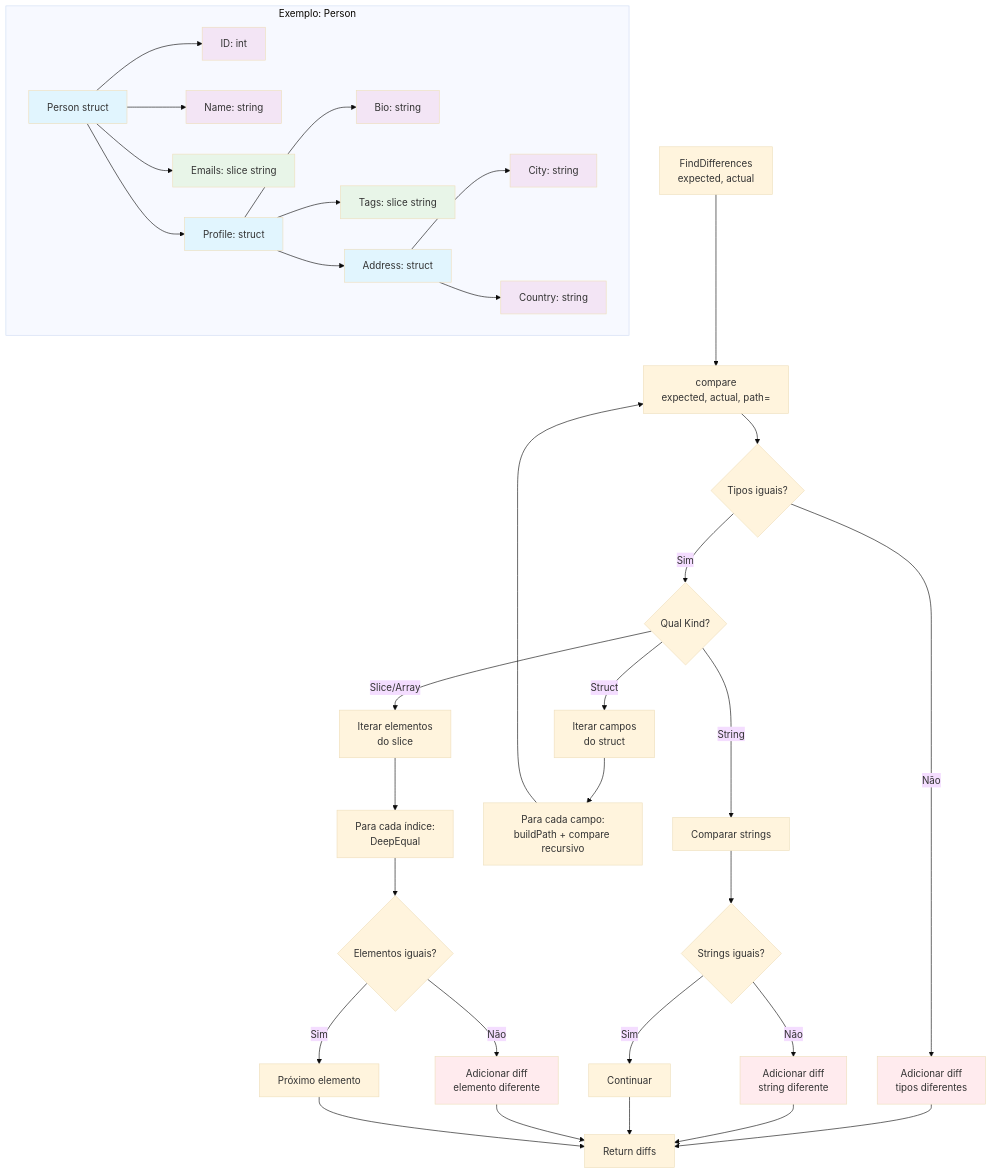
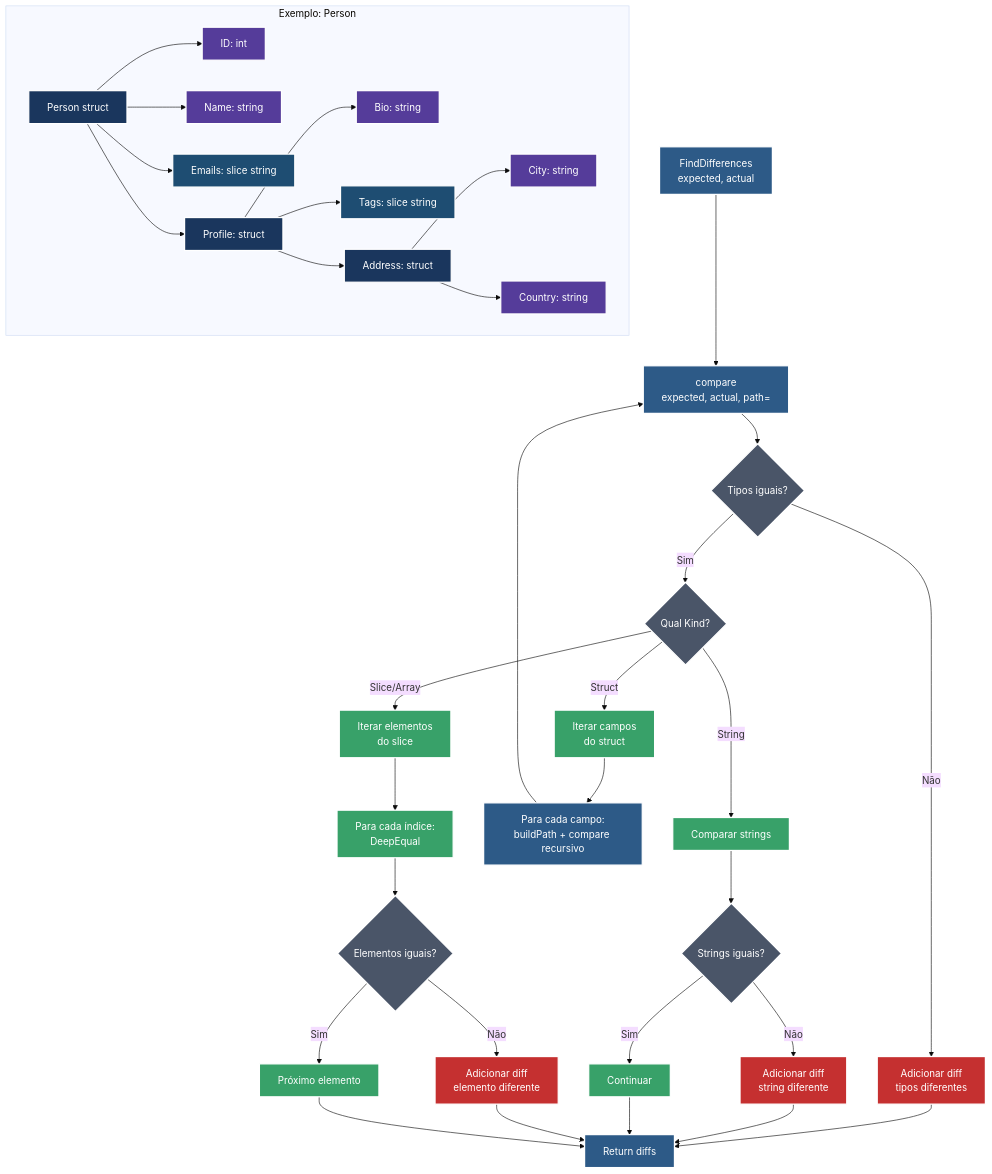
Before and after one commit to Andrei-hub11/diffanalyzer: the diagram in README.md, drawn with Mermaid (base theme).

````diff
--- a/README.md
+++ b/README.md
@@ -7,54 +7,50 @@
 ```mermaid
 flowchart TD
     A[FindDifferences<br/>expected, actual] --> B[compare<br/>expected, actual, path=""]
-
     B --> C{Tipos iguais?}
     C -->|Não| D[Adicionar diff<br/>tipos diferentes]
     C -->|Sim| E{Qual Kind?}
-
     E -->|Struct| F[Iterar campos<br/>do struct]
     E -->|String| G[Comparar strings]
     E -->|Slice/Array| H[Iterar elementos<br/>do slice]
-
     F --> I[Para cada campo:<br/>buildPath + compare recursivo]
     I --> B
-
     G --> J{Strings iguais?}
     J -->|Não| K[Adicionar diff<br/>string diferente]
     J -->|Sim| L[Continuar]
-
     H --> M[Para cada índice:<br/>DeepEqual]
     M --> N{Elementos iguais?}
     N -->|Não| O[Adicionar diff<br/>elemento diferente]
     N -->|Sim| P[Próximo elemento]
-
     D --> Q[Return diffs]
     K --> Q
     L --> Q
     O --> Q
     P --> Q
-
     subgraph "Exemplo: Person"
         R[Person struct] --> S[ID: int]
         R --> T[Name: string]
         R --> U[Emails: slice string]
         R --> V[Profile: struct]
-
         V --> W[Bio: string]
         V --> X[Tags: slice string]
         V --> Y[Address: struct]
-
         Y --> Z[City: string]
         Y --> AA[Country: string]
     end
+    classDef structBox fill:#1a365d,stroke:#ffffff,stroke-width:2px,color:#ffffff
+    classDef stringBox fill:#553c9a,stroke:#ffffff,stroke-width:2px,color:#ffffff
+    classDef sliceBox fill:#1e4d72,stroke:#ffffff,stroke-width:2px,color:#ffffff
+    classDef diffBox fill:#c53030,stroke:#ffffff,stroke-width:2px,color:#ffffff
+    classDef processBox fill:#2d5a87,stroke:#ffffff,stroke-width:2px,color:#ffffff
+    classDef decisionBox fill:#4a5568,stroke:#ffffff,stroke-width:2px,color:#ffffff
+    classDef actionBox fill:#38a169,stroke:#ffffff,stroke-width:2px,color:#ffffff
 
-    classDef structBox fill:#e1f5fe
-    classDef stringBox fill:#f3e5f5
-    classDef sliceBox fill:#e8f5e8
-    classDef diffBox fill:#ffebee
-
+    class A,B,I,Q processBox
+    class C,E,J,N decisionBox
+    class D,K,O diffBox
+    class F,G,H,L,M,P actionBox
     class R,V,Y structBox
     class S,T,W,Z,AA stringBox
     class U,X sliceBox
-    class D,K,O diffBox
 ```
````
